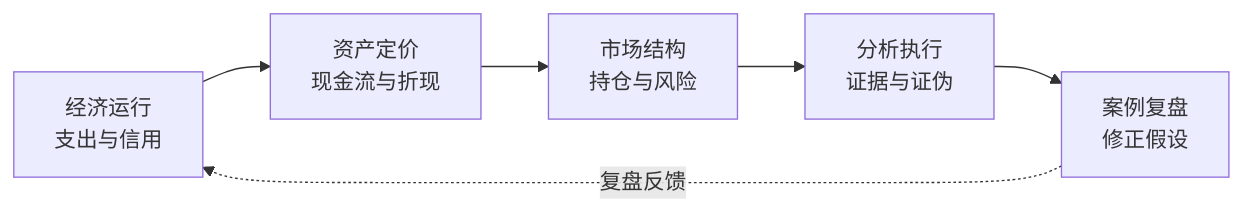
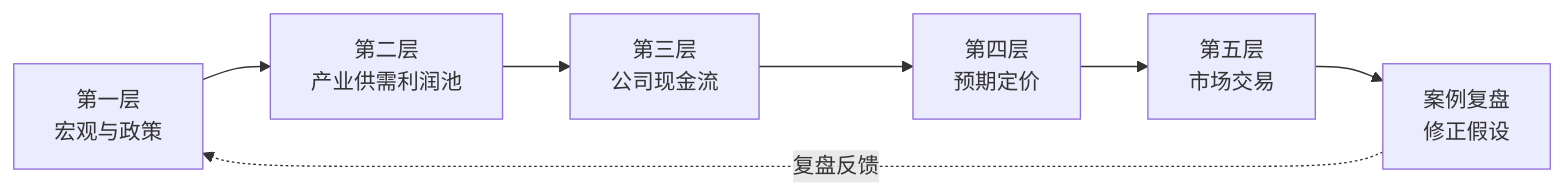
Before and after one commit to gshkuang/gshkuang.github.io: the first of 10 diagrams in docs/posts/econ-principles.md, drawn with Mermaid. The commit also changed other lines of this file and 153 other files, not shown here.

````diff
--- a/docs/posts/econ-principles.md
+++ b/docs/posts/econ-principles.md
@@ -16,8 +16,9 @@
 ```mermaid
 flowchart LR
-    A[经济运行<br/>支出与信用] --> B[资产定价<br/>现金流与折现]
-    B --> C[市场结构<br/>持仓与风险]
-    C --> D[分析执行<br/>证据与证伪]
-    D --> E[案例复盘<br/>修正假设]
-    E -. 复盘反馈 .-> A
+    A[第一层<br/>宏观与政策] --> B[第二层<br/>产业供需利润池]
+    B --> C[第三层<br/>公司现金流]
+    C --> D[第四层<br/>预期定价]
+    D --> E[第五层<br/>市场交易]
+    E --> F[案例复盘<br/>修正假设]
+    F -. 复盘反馈 .-> A
 ```
````
